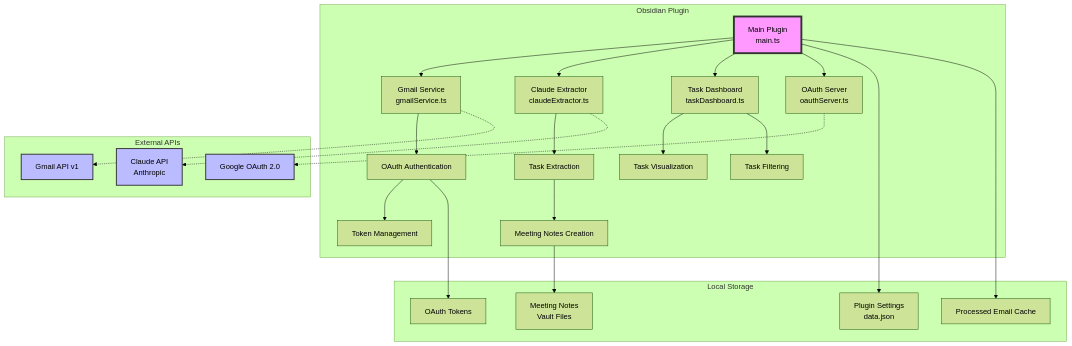
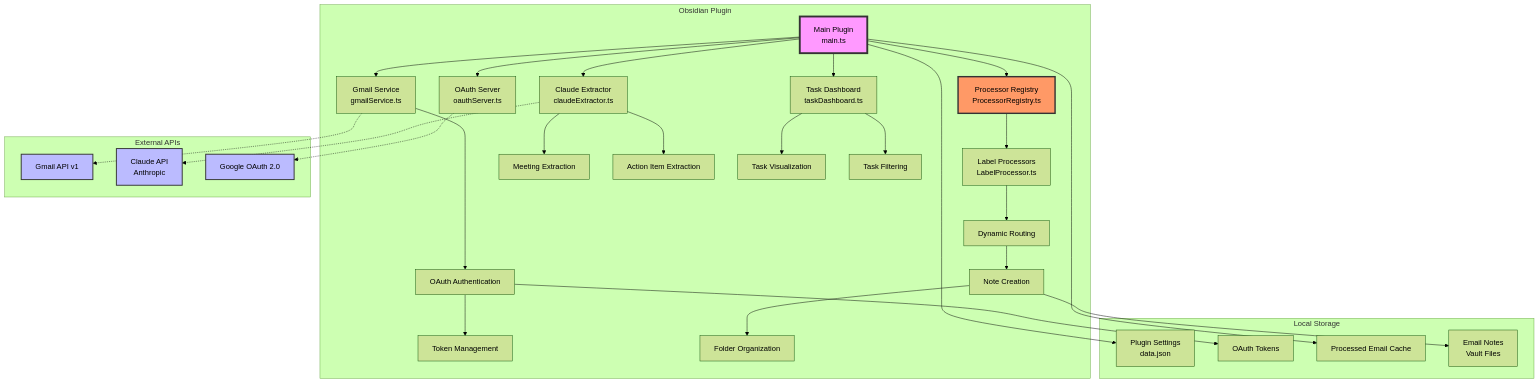
The first of 7 diagrams in docs/system-architecture.md (jimallen/TasksAgent), drawn with Mermaid (forest theme) before and after one commit. The commit also changed other lines of this file and 14 other files, not shown here.

First line of the commit message:
feat: implement dynamic label processor architecture

````diff
--- a/docs/system-architecture.md
+++ b/docs/system-architecture.md
@@ -9,45 +9,53 @@
 ```mermaid
 graph TB
     subgraph "Obsidian Plugin"
         A[Main Plugin<br/>main.ts] --> B[Gmail Service<br/>gmailService.ts]
         A --> C[Claude Extractor<br/>claudeExtractor.ts]
         A --> D[Task Dashboard<br/>taskDashboard.ts]
         A --> E[OAuth Server<br/>oauthServer.ts]
+        A --> F[Processor Registry<br/>ProcessorRegistry.ts]
 
-        B --> F[OAuth Authentication]
-        F --> G[Token Management]
+        F --> G[Label Processors<br/>LabelProcessor.ts]
+        G --> H[Dynamic Routing]
 
-        C --> H[Task Extraction]
-        H --> I[Meeting Notes Creation]
+        B --> I[OAuth Authentication]
+        I --> J[Token Management]
 
-        D --> J[Task Visualization]
-        D --> K[Task Filtering]
+        C --> K[Meeting Extraction]
+        C --> L[Action Item Extraction]
+
+        H --> M[Note Creation]
+        M --> N[Folder Organization]
+
+        D --> O[Task Visualization]
+        D --> P[Task Filtering]
     end
 
     subgraph "External APIs"
-        L[Gmail API v1]
-        M[Claude API<br/>Anthropic]
-        N[Google OAuth 2.0]
+        Q[Gmail API v1]
+        R[Claude API<br/>Anthropic]
+        S[Google OAuth 2.0]
     end
 
     subgraph "Local Storage"
-        O[Plugin Settings<br/>data.json]
-        P[OAuth Tokens]
-        Q[Processed Email Cache]
-        R[Meeting Notes<br/>Vault Files]
+        T[Plugin Settings<br/>data.json]
+        U[OAuth Tokens]
+        V[Processed Email Cache]
+        W[Email Notes<br/>Vault Files]
     end
 
-    B -.-> L
-    C -.-> M
-    E -.-> N
+    B -.-> Q
+    C -.-> R
+    E -.-> S
 
-    A --> O
-    F --> P
-    A --> Q
-    I --> R
+    A --> T
+    I --> U
+    A --> V
+    M --> W
 
     style A fill:#f9f,stroke:#333,stroke-width:4px
-    style L fill:#bbf,stroke:#333,stroke-width:2px
-    style M fill:#bbf,stroke:#333,stroke-width:2px
-    style N fill:#bbf,stroke:#333,stroke-width:2px
+    style F fill:#f96,stroke:#333,stroke-width:3px
+    style Q fill:#bbf,stroke:#333,stroke-width:2px
+    style R fill:#bbf,stroke:#333,stroke-width:2px
+    style S fill:#bbf,stroke:#333,stroke-width:2px
 ```
````
